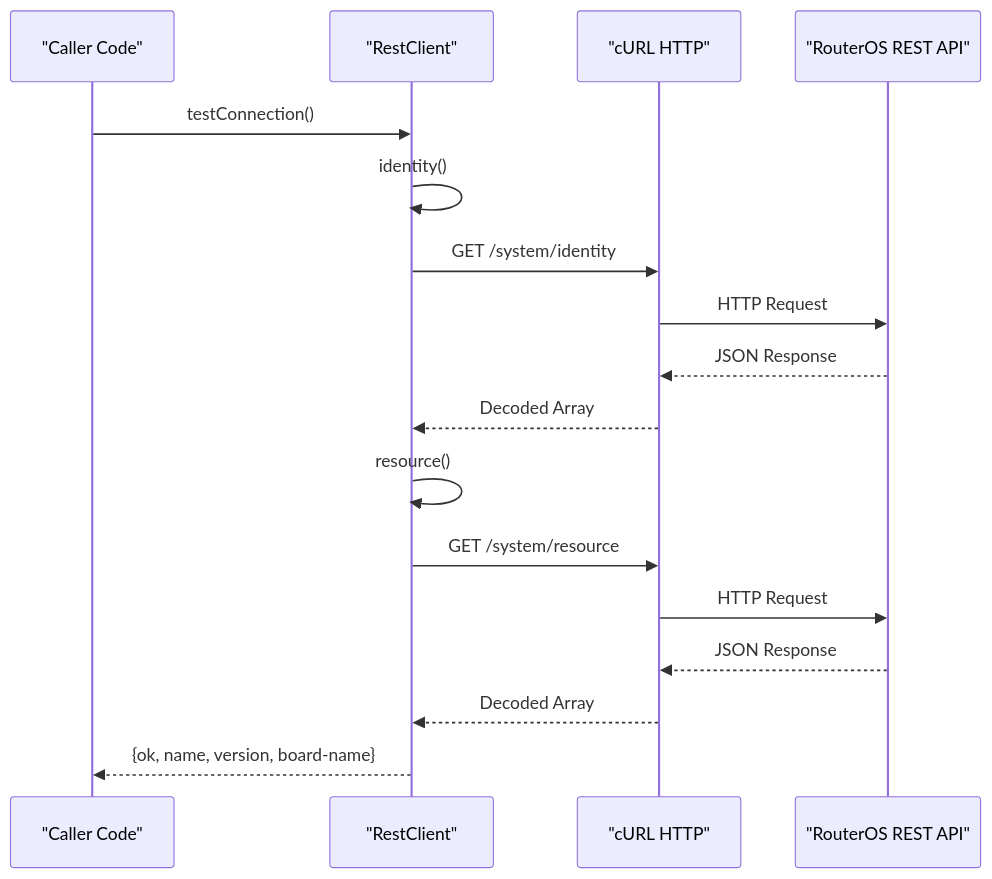
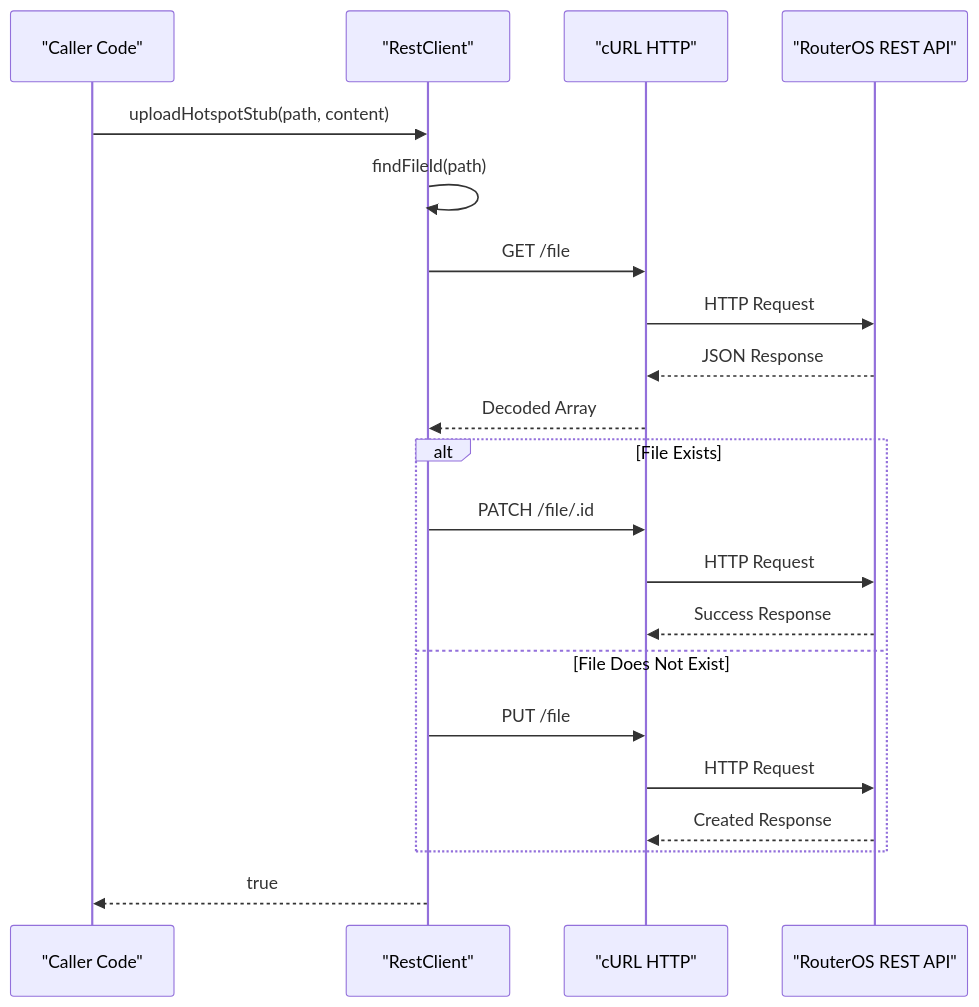
Before and after one commit to Djnirds1984/MT-CONTROLLER-PISOWIFI: the fourth of 6 diagrams in .qoder/repowiki/en/content/RouterOS Integration/RouterClient Interface.md, drawn with Mermaid. The commit also changed other lines of this file and 45 other files, not shown here.

````diff
--- a/.qoder/repowiki/en/content/RouterOS Integration/RouterClient Interface.md
+++ b/.qoder/repowiki/en/content/RouterOS Integration/RouterClient Interface.md
@@ -237,19 +254,23 @@
 ```mermaid
 sequenceDiagram
 participant Caller as "Caller Code"
 participant Client as "RestClient"
 participant HTTP as "cURL HTTP"
 participant Router as "RouterOS REST API"
-Caller->>Client : testConnection()
-Client->>Client : identity()
-Client->>HTTP : GET /system/identity
+Caller->>Client : uploadHotspotStub(path, content)
+Client->>Client : findFileId(path)
+Client->>HTTP : GET /file
 HTTP->>Router : HTTP Request
 Router-->>HTTP : JSON Response
 HTTP-->>Client : Decoded Array
-Client->>Client : resource()
-Client->>HTTP : GET /system/resource
+alt File Exists
+Client->>HTTP : PATCH /file/.id
 HTTP->>Router : HTTP Request
-Router-->>HTTP : JSON Response
-HTTP-->>Client : Decoded Array
-Client-->>Caller : {ok, name, version, board-name}
+Router-->>HTTP : Success Response
+else File Does Not Exist
+Client->>HTTP : PUT /file
+HTTP->>Router : HTTP Request
+Router-->>HTTP : Created Response
+end
+Client-->>Caller : true
 ```
````
